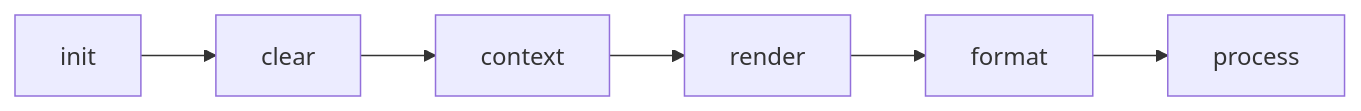
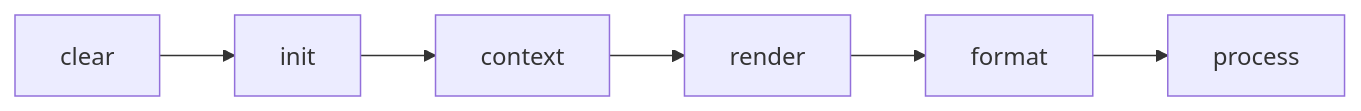
One commit to ozum/pg-generator changed the diagram in docs/nav.03.creating-generators/03.generators.md. Above: the diagram before and after it, drawn with Mermaid. The commit also changed 100 other files, not shown here.

````diff
--- a/docs/nav.03.creating-generators/03.generators.md
+++ b/docs/nav.03.creating-generators/03.generators.md
@@ -7,4 +7,4 @@
 ```mermaid
 graph LR
-    init --> clear --> context --> render --> format --> process
+    clear --> init --> context --> render --> format --> process
 ```
````
